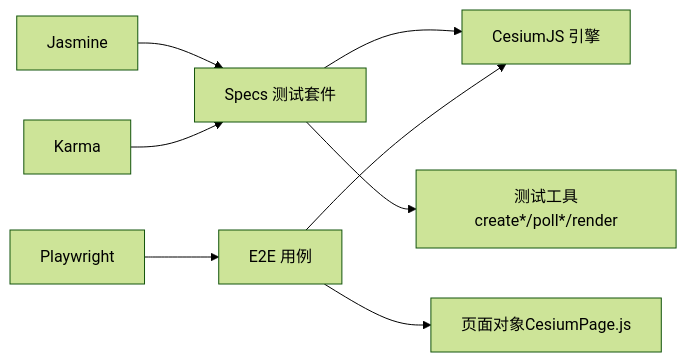
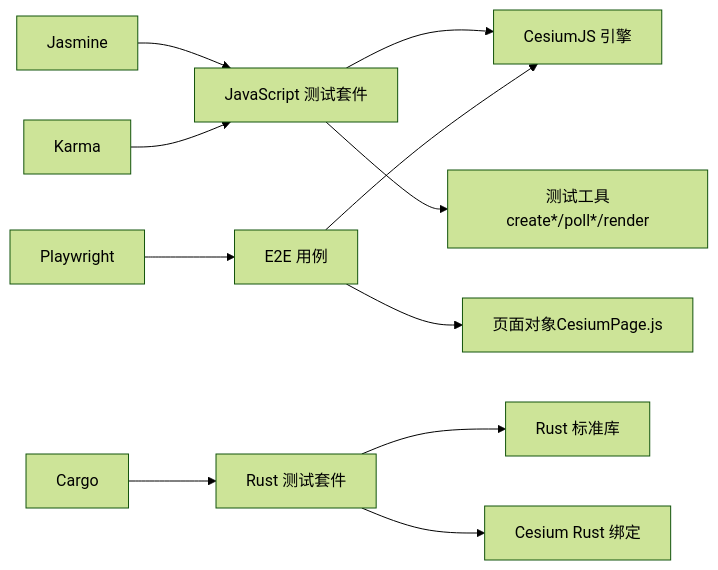
Before and after one commit to rzhangjing/cesium: the fifth of 5 diagrams in .qoder/repowiki/zh/content/测试与调试/Specs测试框架.md, drawn with Mermaid (forest theme). The commit also changed other lines of this file and 28 other files, not shown here.

````diff
--- a/.qoder/repowiki/zh/content/测试与调试/Specs测试框架.md
+++ b/.qoder/repowiki/zh/content/测试与调试/Specs测试框架.md
@@ -351,10 +396,13 @@
 ```mermaid
 graph LR
-Jasmine["Jasmine"] --> Specs["Specs 测试套件"]
+Jasmine["Jasmine"] --> Specs["JavaScript 测试套件"]
 Karma["Karma"] --> Specs
 Playwright["Playwright"] --> E2E["E2E 用例"]
 Specs --> Cesium["CesiumJS 引擎"]
 E2E --> Cesium
 Specs --> Tools["测试工具create*/poll*/render"]
 E2E --> PageObj["页面对象CesiumPage.js"]
+Cargo["Cargo"] --> RustSpecs["Rust 测试套件"]
+RustSpecs --> RustLibs["Rust 标准库"]
+RustSpecs --> CesiumRust["Cesium Rust 绑定"]
 ```
````
